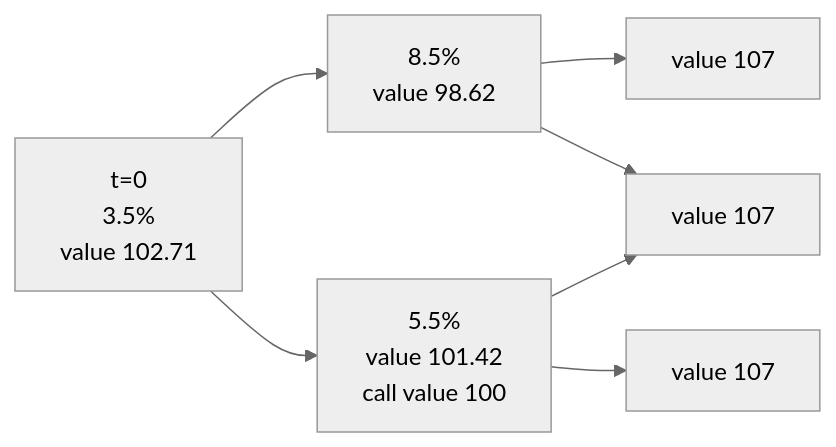
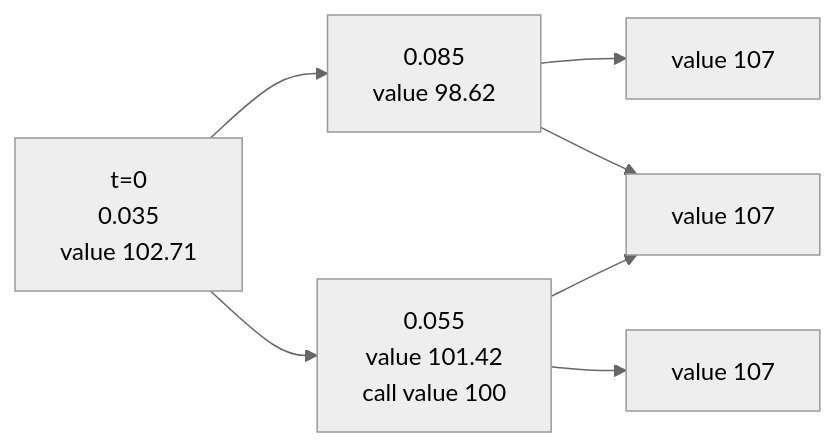
One commit to rfmeng/rfmeng.github.io changed the second of 2 diagrams in markdown/CFA II - Fixed Income.md. Above: the diagram before and after it, drawn with Mermaid (neutral theme). The commit also changed 2 other files, not shown here.

Commit message:
modify mermaid

````diff
--- a/markdown/CFA II - Fixed Income.md
+++ b/markdown/CFA II - Fixed Income.md
@@ -200,9 +200,9 @@
 ```mermaid
 graph LR
-  N0[t=0<br>3.5%<br>value 102.71] --> N1[8.5%<br>value 98.62]
-  N0 --> N2[5.5%<br>value 101.42<br>call value 100]
+  N0[t=0<br>0.035<br>value 102.71] --> N1[0.085<br>value 98.62]
+  N0 --> N2[0.055<br>value 101.42<br>call value 100]
   N1 --> N21[value 107]
   N1 --> N22[value 107]
   N2 --> N22[value 107]
   N2 --> N23[value 107]
 ```
````
